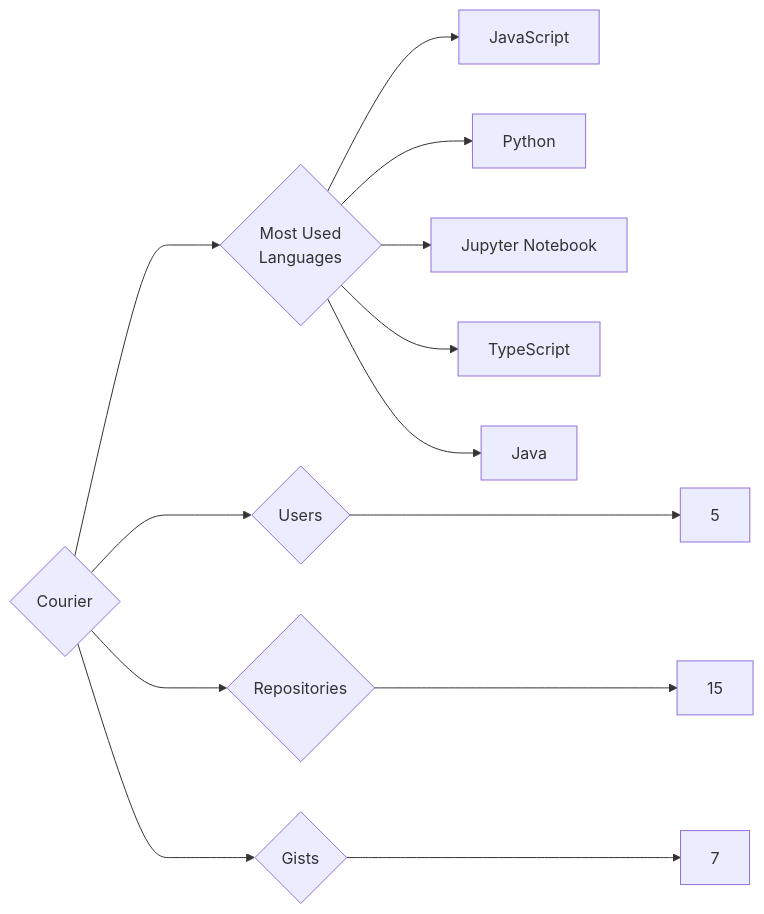
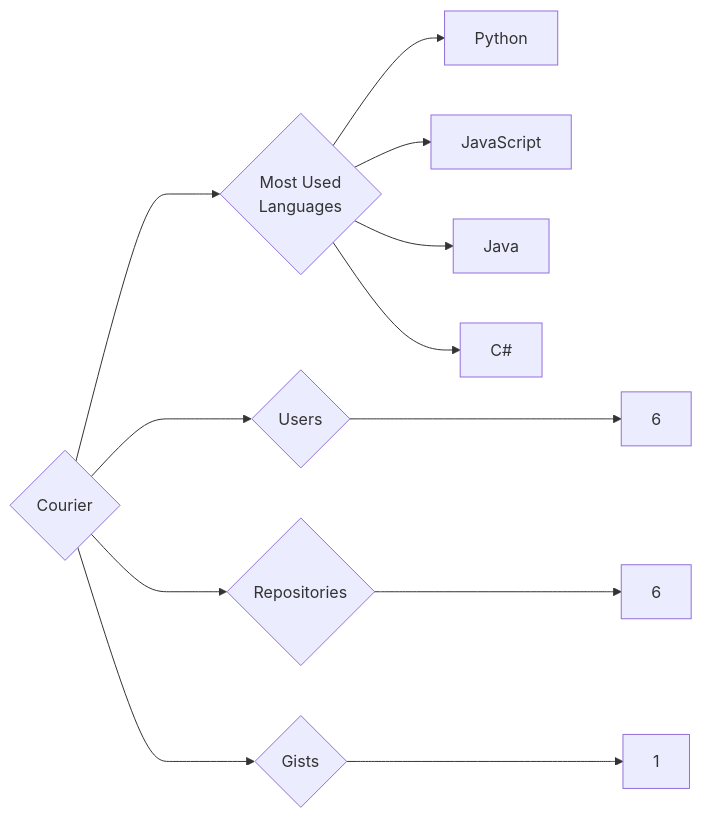
Before and after one commit to trickest/insiders: the diagram in targets/Courier/README.md, drawn with Mermaid. The commit also changed 988 other files, not shown here.

````diff
--- a/targets/Courier/README.md
+++ b/targets/Courier/README.md
@@ -3,13 +3,12 @@
 ```mermaid
 graph LR
 COMPANY_NAME{Courier}
-COMPANY_NAME ---> U{Users} ---> UN[5]
-COMPANY_NAME ---> R{Repositories} ---> RN[15]
-COMPANY_NAME ---> G{Gists} ---> GN[7]
+COMPANY_NAME ---> U{Users} ---> UN[6]
+COMPANY_NAME ---> R{Repositories} ---> RN[6]
+COMPANY_NAME ---> G{Gists} ---> GN[1]
 COMPANY_NAME ---> ML{Most Used<br>Languages}
+ML --> Python[Python]
 ML --> JavaScript[JavaScript]
-ML --> Python[Python]
-ML --> Jupyter_Notebook[Jupyter Notebook]
-ML --> TypeScript[TypeScript]
 ML --> Java[Java]
+ML --> C#[C#]
 ```
````
